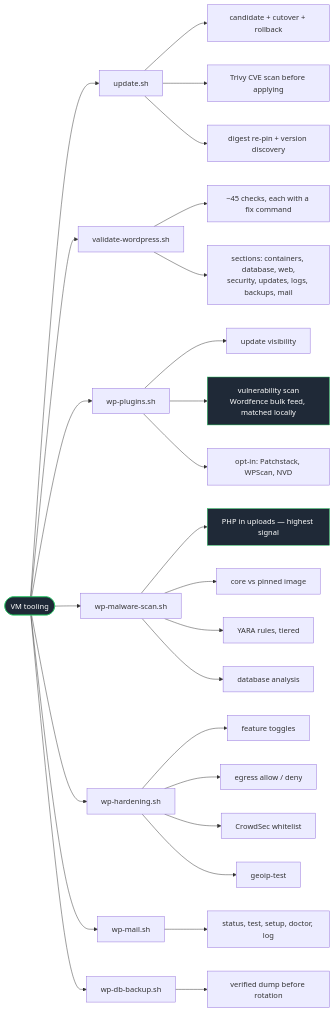
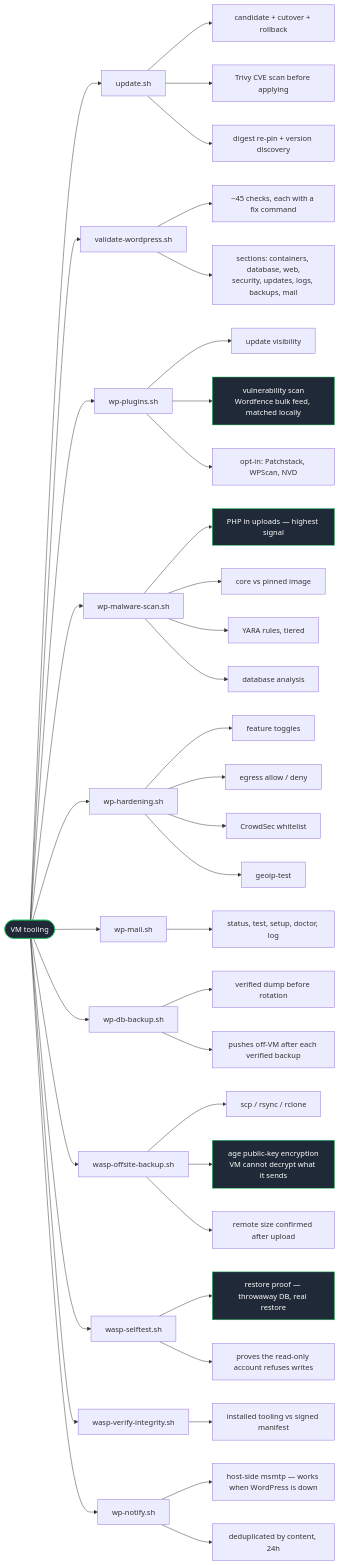
One commit to RothITguy-jitsi/alpine-vm-wordpress changed the sixth of 6 diagrams in ARCHITECTURE.md. Above: the diagram before and after it, drawn with Mermaid. The commit also changed other lines of this file and 20 other files, not shown here.

````diff
--- a/ARCHITECTURE.md
+++ b/ARCHITECTURE.md
@@ -188,40 +245,59 @@
 ```mermaid
 graph LR
     T(["VM tooling"])
 
     T --> U["update.sh"]
     U --> U1["candidate + cutover + rollback"]
     U --> U2["Trivy CVE scan before applying"]
     U --> U3["digest re-pin + version discovery"]
 
     T --> V["validate-wordpress.sh"]
     V --> V1["~45 checks, each with a fix command"]
     V --> V2["sections: containers, database, web,<br/>security, updates, logs, backups, mail"]
 
     T --> P["wp-plugins.sh"]
     P --> P1["update visibility"]
     P --> P2["vulnerability scan<br/>Wordfence bulk feed, matched locally"]
     P --> P3["opt-in: Patchstack, WPScan, NVD"]
 
     T --> M["wp-malware-scan.sh"]
     M --> M1["PHP in uploads — highest signal"]
     M --> M2["core vs pinned image"]
     M --> M3["YARA rules, tiered"]
     M --> M4["database analysis"]
 
     T --> H["wp-hardening.sh"]
     H --> H1["feature toggles"]
     H --> H2["egress allow / deny"]
     H --> H3["CrowdSec whitelist"]
     H --> H4["geoip-test"]
 
     T --> E["wp-mail.sh"]
     E --> E1["status, test, setup, doctor, log"]
 
     T --> B["wp-db-backup.sh"]
     B --> B1["verified dump before rotation"]
+    B --> B2["pushes off-VM after each verified backup"]
+
+    T --> O["wasp-offsite-backup.sh"]
+    O --> O1["scp / rsync / rclone"]
+    O --> O2["age public-key encryption<br/>VM cannot decrypt what it sends"]
+    O --> O3["remote size confirmed after upload"]
+
+    T --> S["wasp-selftest.sh"]
+    S --> S1["restore proof — throwaway DB, real restore"]
+    S --> S2["proves the read-only account refuses writes"]
+
+    T --> I["wasp-verify-integrity.sh"]
+    I --> I1["installed tooling vs signed manifest"]
+
+    T --> N["wp-notify.sh"]
+    N --> N1["host-side msmtp — works when WordPress is down"]
+    N --> N2["deduplicated by content, 24h"]
 
     style T fill:#1f2937,stroke:#22c55e,color:#fff
     style M1 fill:#1f2937,stroke:#22c55e,color:#fff
     style P2 fill:#1f2937,stroke:#22c55e,color:#fff
+    style S1 fill:#1f2937,stroke:#22c55e,color:#fff
+    style O2 fill:#1f2937,stroke:#22c55e,color:#fff
 ```
````
